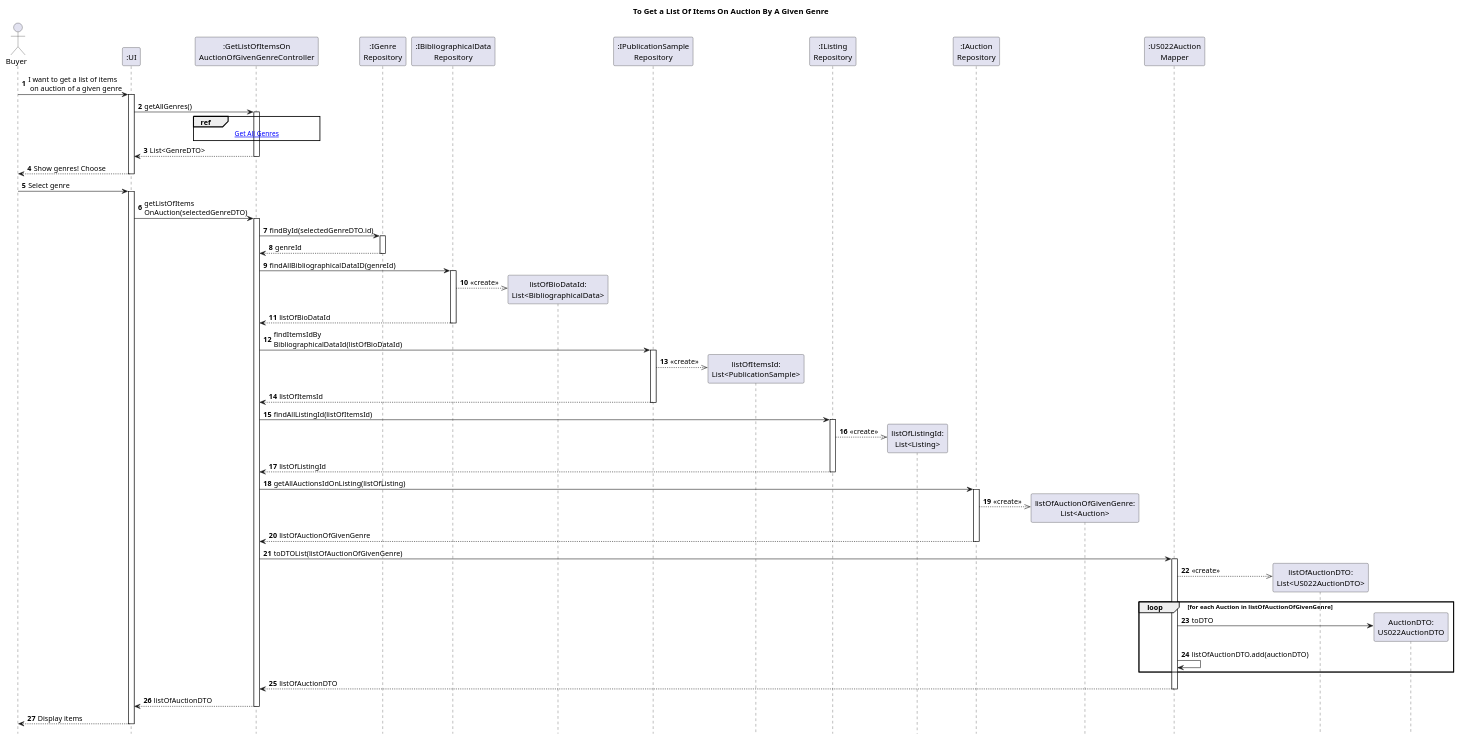
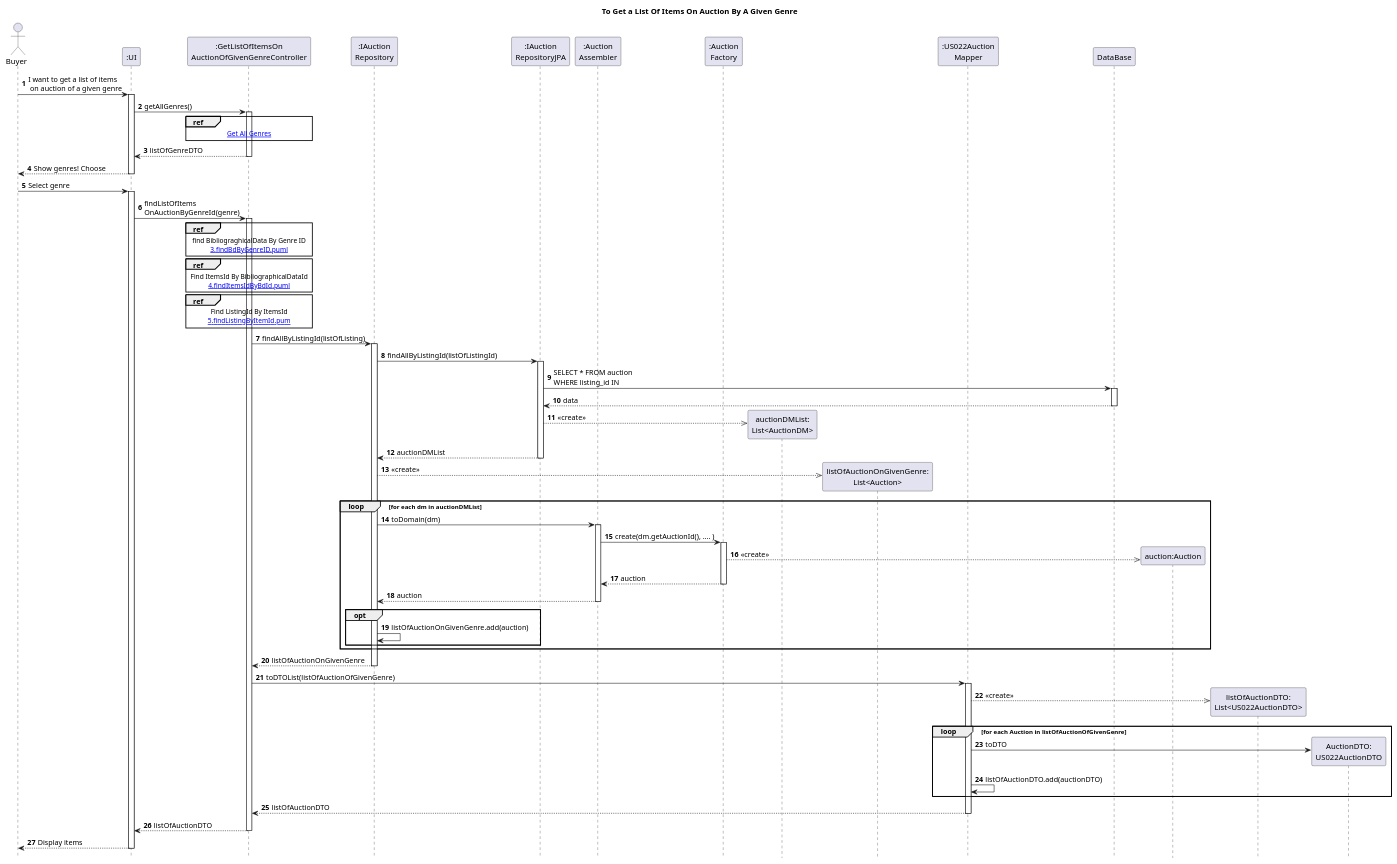
The diagram in Diagrams/SequenceDiagrams/N2/To-get-list-of-items-on-auction-of-a-given-genre/1.MainDiagram.puml (AndrePereiraGitH/SWitCH-Project-Team_A), drawn with PlantUML before and after one commit. The commit also changed 6 other files, not shown here.

Commit message:
feat #762: add persistence layer design for get auctions by genre

```diff
--- a/Diagrams/SequenceDiagrams/N2/To-get-list-of-items-on-auction-of-a-given-genre/1.MainDiagram.puml
+++ b/Diagrams/SequenceDiagrams/N2/To-get-list-of-items-on-auction-of-a-given-genre/1.MainDiagram.puml
@@ -1,88 +1,108 @@
 @startuml
-
 hide footbox
 autonumber
 title To Get a List Of Items On Auction By A Given Genre
 
 actor Buyer
 participant ":UI" as UI
 participant ":GetListOfItemsOn\nAuctionOfGivenGenreController" as Controller
-participant ":IGenre\nRepository" as GenreRepo
-participant ":IBibliographicalData\nRepository" as BDRepo
-participant "listOfBioDataId:\nList<BibliographicalData>"
-participant ":IPublicationSample\nRepository" as PubSampleRepo
-participant "listOfItemsId:\nList<PublicationSample>"
-participant ":IListing\nRepository" as ListingRepo
-participant "listOfListingId:\nList<Listing>"
+
 participant ":IAuction\nRepository" as AuctionRepo
-participant "listOfAuctionOfGivenGenre:\nList<Auction>"
+participant ":IAuction\nRepositoryJPA" as AJPA
+participant ":Auction\nAssembler" as AuctionAssembler
+participant ":Auction\nFactory" as Factory
+participant "auctionDMList:\nList<AuctionDM>"
+participant "listOfAuctionOnGivenGenre:\nList<Auction>"
 participant ":US022Auction\nMapper" as AuctionMapper
+participant "DataBase" as DB
 
 Buyer -> UI : I want to get a list of items\n on auction of a given genre
 activate UI
 
 UI -> Controller : getAllGenres()
 activate Controller
 ref over Controller
 [[2.GetAllGenres.puml Get All Genres]]
 end ref
-Controller --> UI : List<GenreDTO>
+Controller --> UI : listOfGenreDTO
 deactivate Controller
 
 UI --> Buyer : Show genres! Choose
 deactivate UI
 
 Buyer -> UI : Select genre
 activate UI
 
-UI -> Controller : getListOfItems\nOnAuction(selectedGenreDTO)
+UI -> Controller : findListOfItems\nOnAuctionByGenreId(genre)
 activate Controller
 
-Controller -> GenreRepo : findById(selectedGenreDTO.id)
-activate GenreRepo
-GenreRepo --> Controller : genreId
-deactivate GenreRepo
+ref over Controller
+find BibliograghicalData By Genre ID
+[[3.findBdByGenreID.puml]]
+end ref
 
-Controller -> BDRepo : findAllBibliographicalDataID(genreId)
-activate BDRepo
-BDRepo -->> "listOfBioDataId:\nList<BibliographicalData>" ** : <<create>>
-BDRepo --> Controller : listOfBioDataId
-deactivate BDRepo
+ref over Controller
+Find ItemsId By BibliographicalDataId
+[[4.findItemsIdByBdId.puml]]
+end ref
 
-Controller -> PubSampleRepo : findItemsIdBy\nBibliographicalDataId(listOfBioDataId)
-activate PubSampleRepo
-PubSampleRepo -->> "listOfItemsId:\nList<PublicationSample>" ** : <<create>>
-PubSampleRepo --> Controller : listOfItemsId
-deactivate PubSampleRepo
 
-Controller -> ListingRepo : findAllListingId(listOfItemsId)
-activate ListingRepo
-ListingRepo -->> "listOfListingId:\nList<Listing>" ** : <<create>>
-ListingRepo --> Controller : listOfListingId
-deactivate ListingRepo
+ref over Controller
+Find ListingId By ItemsId
+[[5.findListingByItemId.pum]]
+end ref
 
-Controller -> AuctionRepo : getAllAuctionsIdOnListing(listOfListing)
+
+Controller -> AuctionRepo : findAllByListingId(listOfListing)
 activate AuctionRepo
-AuctionRepo -->> "listOfAuctionOfGivenGenre:\nList<Auction>" ** : <<create>>
-AuctionRepo --> Controller : listOfAuctionOfGivenGenre
+AuctionRepo -> AJPA : findAllByListingId(listOfListingId)
+activate AJPA
+AJPA -> DB : SELECT * FROM auction\nWHERE listing_id IN
+activate DB
+DB --> AJPA : data
+deactivate DB
+AJPA -->> "auctionDMList:\nList<AuctionDM>" ** : <<create>>
+AJPA --> AuctionRepo : auctionDMList
+deactivate AJPA
+
+AuctionRepo -->> "listOfAuctionOnGivenGenre:\nList<Auction>" ** : <<create>>
+
+loop for each dm in auctionDMList
+    AuctionRepo -> AuctionAssembler : toDomain(dm)
+    activate AuctionAssembler
+    AuctionAssembler -> Factory : create(dm.getAuctionId(), .... )
+    activate Factory
+    Factory -->> "auction:Auction" ** : <<create>>
+    Factory --> AuctionAssembler : auction
+    deactivate Factory
+    AuctionAssembler --> AuctionRepo : auction
+    deactivate AuctionAssembler
+
+    opt
+    AuctionRepo -> AuctionRepo : listOfAuctionOnGivenGenre.add(auction)
+    end
+end
+
+deactivate AJPA
+AuctionRepo --> Controller : listOfAuctionOnGivenGenre
 deactivate AuctionRepo
 
 Controller -> AuctionMapper : toDTOList(listOfAuctionOfGivenGenre)
 activate AuctionMapper
 AuctionMapper -->> "listOfAuctionDTO:\nList<US022AuctionDTO>" ** : <<create>>
 
 loop for each Auction in listOfAuctionOfGivenGenre
 
     AuctionMapper -> "AuctionDTO:\nUS022AuctionDTO" ** : toDTO
     AuctionMapper -> AuctionMapper : listOfAuctionDTO.add(auctionDTO)
 end
 AuctionMapper --> Controller : listOfAuctionDTO
 deactivate AuctionMapper
 
 Controller --> UI : listOfAuctionDTO
 deactivate Controller
 
 UI --> Buyer : Display items
 deactivate UI
 
 @enduml
```
